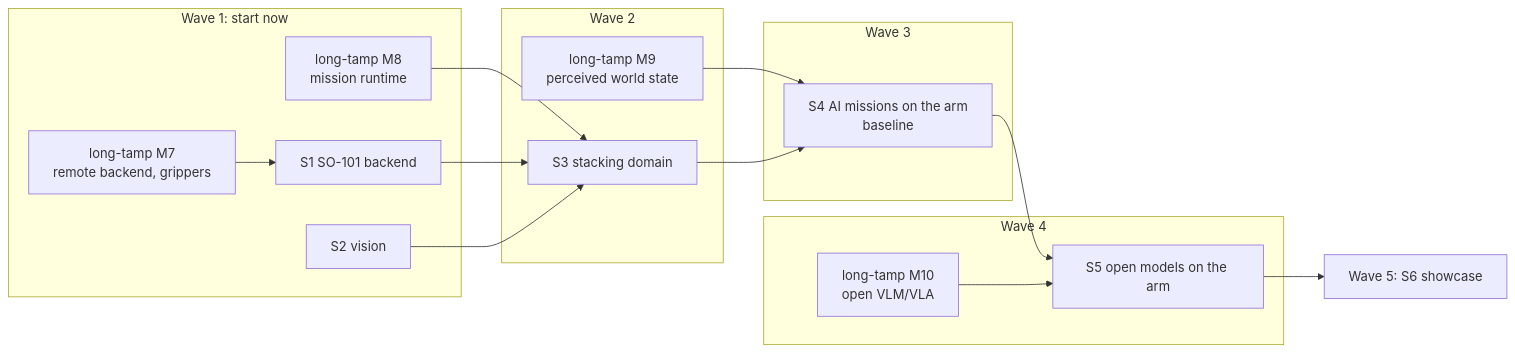
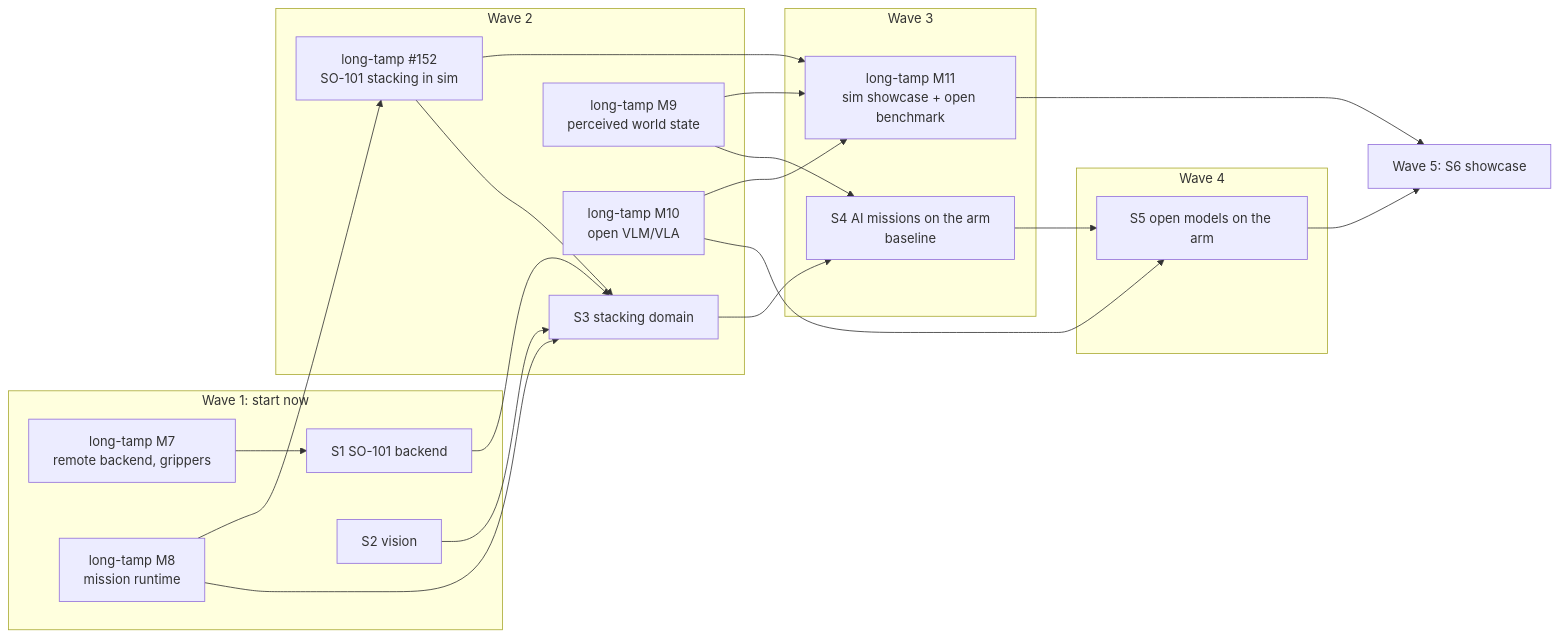
The diagram in docs/roadmap.md (thanhndv212/soarm_tamp), drawn with Mermaid before and after one commit. The commit also changed other lines of this file, not shown here.

Commit message:
docs(roadmap): sim showcase ahead of the arm (long-tamp M11), M10 in wave 2

````diff
--- a/docs/roadmap.md
+++ b/docs/roadmap.md
@@ -85,30 +88,38 @@
 ```mermaid
 flowchart LR
   subgraph W1[Wave 1: start now]
     M7[long-tamp M7<br/>remote backend, grippers]
     S1[S1 SO-101 backend]
     S2[S2 vision]
     M8[long-tamp M8<br/>mission runtime]
   end
   subgraph W2[Wave 2]
     S3[S3 stacking domain]
     M9[long-tamp M9<br/>perceived world state]
+    M10[long-tamp M10<br/>open VLM/VLA]
+    SIM[long-tamp #152<br/>SO-101 stacking in sim]
   end
   subgraph W3[Wave 3]
     S4[S4 AI missions on the arm<br/>baseline]
+    M11[long-tamp M11<br/>sim showcase + open benchmark]
   end
   subgraph W4[Wave 4]
-    M10[long-tamp M10<br/>open VLM/VLA]
     S5[S5 open models on the arm]
   end
   S6[Wave 5: S6 showcase]
   M7 --> S1
   M8 --> S3
   S1 --> S3
   S2 --> S3
   M9 --> S4
   S3 --> S4
   S4 --> S5
   M10 --> S5
+  M9 --> M11
+  M10 --> M11
+  M8 --> SIM
+  SIM --> S3
+  SIM --> M11
+  M11 --> S6
   S5 --> S6
 ```
````
